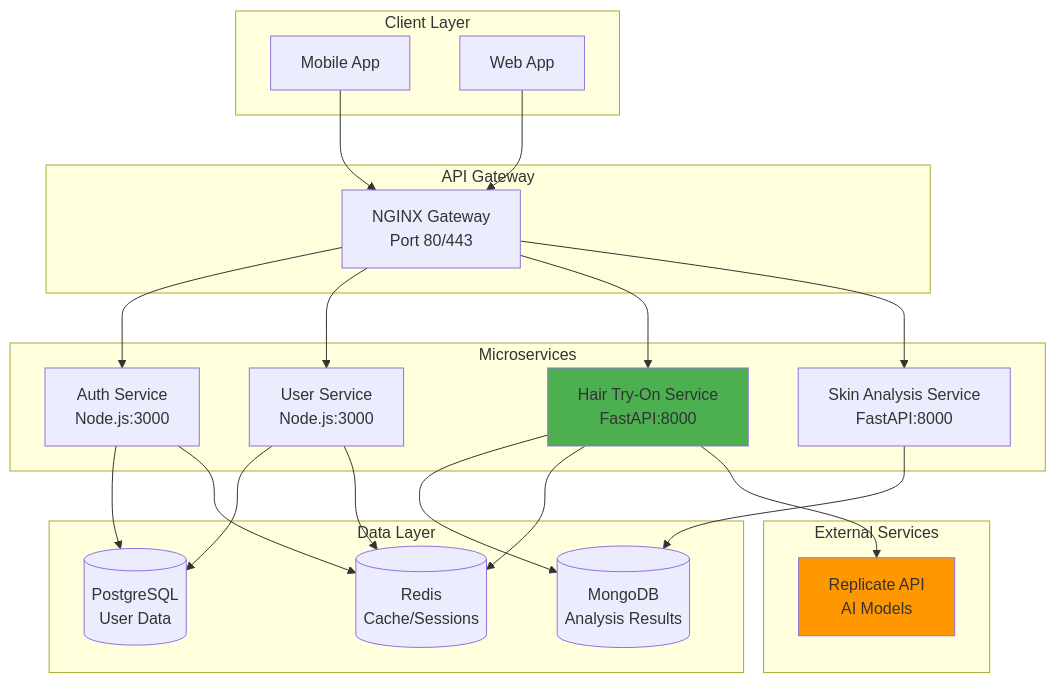
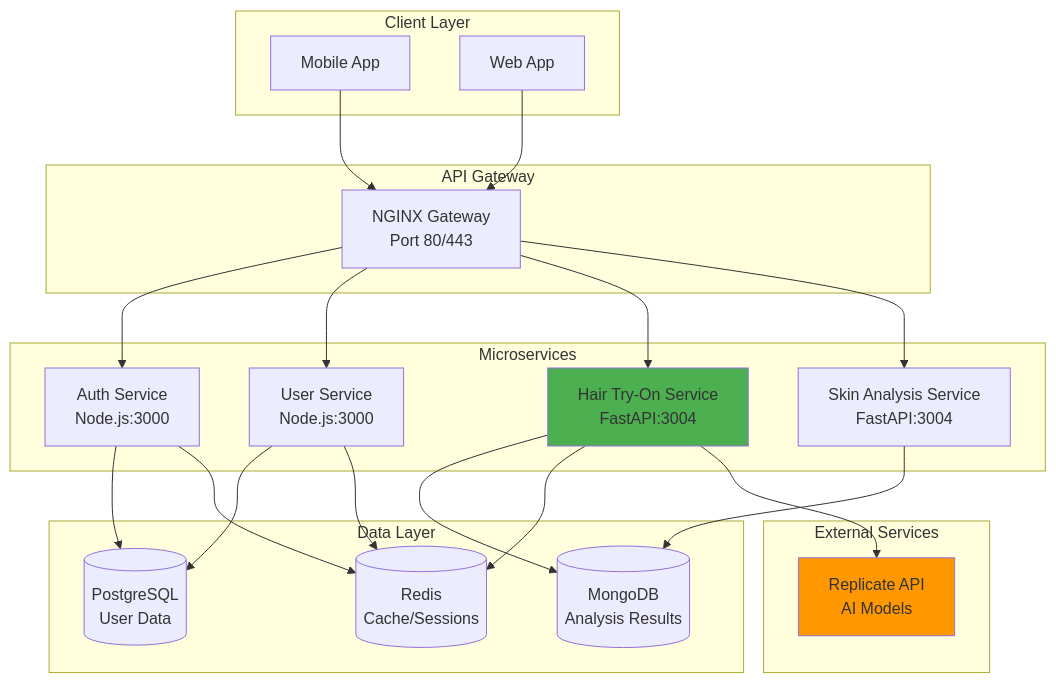
The first of 20 diagrams in services/hair-tryOn-service/REPORT.md (JaiminPatel345/glowup), drawn with Mermaid before and after one commit. The commit also changed other lines of this file and 22 other files, not shown here.

Commit message:
update ports for hair and skin service

````diff
--- a/services/hair-tryOn-service/REPORT.md
+++ b/services/hair-tryOn-service/REPORT.md
@@ -29,48 +29,48 @@
 ```mermaid
 graph TB
     subgraph "Client Layer"
         Mobile[Mobile App]
         Web[Web App]
     end
     
     subgraph "API Gateway"
         Gateway[NGINX Gateway<br/>Port 80/443]
     end
 
     
     subgraph "Microservices"
         Auth[Auth Service<br/>Node.js:3000]
         User[User Service<br/>Node.js:3000]
-        Hair[Hair Try-On Service<br/>FastAPI:8000]
-        Skin[Skin Analysis Service<br/>FastAPI:8000]
+        Hair[Hair Try-On Service<br/>FastAPI:3004]
+        Skin[Skin Analysis Service<br/>FastAPI:3004]
     end
     
     subgraph "Data Layer"
         Postgres[(PostgreSQL<br/>User Data)]
         Mongo[(MongoDB<br/>Analysis Results)]
         Redis[(Redis<br/>Cache/Sessions)]
     end
     
     subgraph "External Services"
         Replicate[Replicate API<br/>AI Models]
     end
     
     Mobile --> Gateway
     Web --> Gateway
     Gateway --> Auth
     Gateway --> User
     Gateway --> Hair
     Gateway --> Skin
     
     Auth --> Postgres
     Auth --> Redis
     User --> Postgres
     User --> Redis
     Hair --> Mongo
     Hair --> Redis
     Hair --> Replicate
     Skin --> Mongo
     
     style Hair fill:#4CAF50
     style Replicate fill:#FF9800
 ```
````
